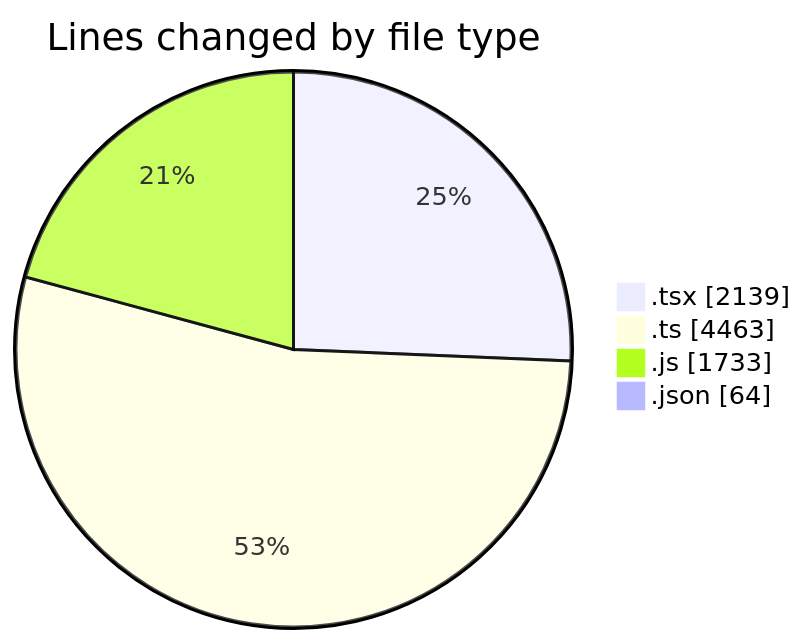
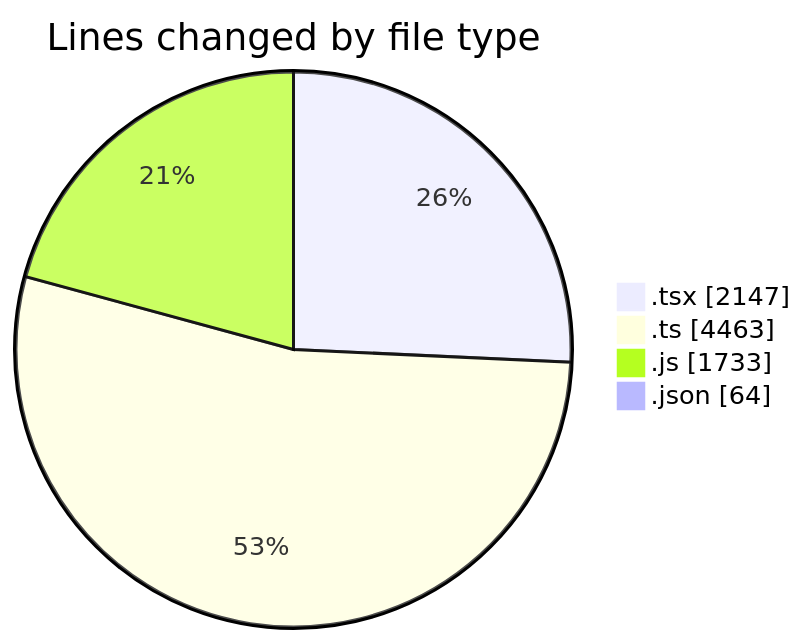
Before and after one commit to momahboobian/code-tracking: the first of 2 diagrams in 2026-07-30/cda/README.md, drawn with Mermaid. The commit also changed other lines of this file and 1 other file, not shown here.

````diff
--- a/2026-07-30/cda/README.md
+++ b/2026-07-30/cda/README.md
@@ -47,8 +47,8 @@
 ```mermaid
 pie showData
 title Lines changed by file type
-".tsx" : 2139
+".tsx" : 2147
 ".ts" : 4463
 ".js" : 1733
 ".json" : 64
 ```
````
